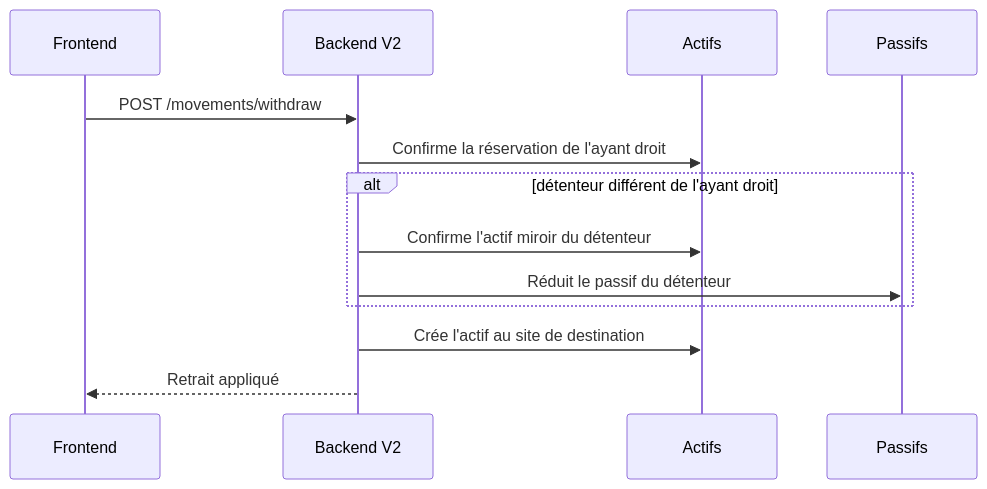
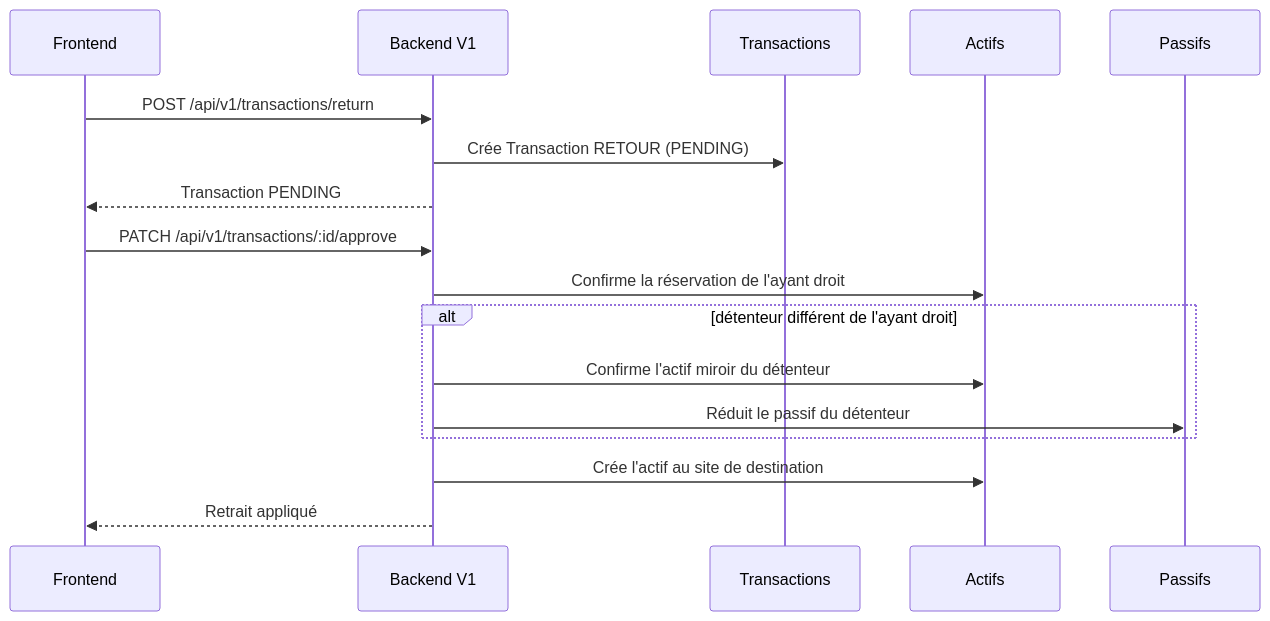
The fourth of 4 diagrams in docs/tache_02_11_2026.md (raDominique/commercegestion_back), drawn with Mermaid before and after one commit. The commit also changed other lines of this file, not shown here.

Commit message:
feat(docs): update documentation for V1 movements integration and endpoints

````diff
--- a/docs/tache_02_11_2026.md
+++ b/docs/tache_02_11_2026.md
@@ -83,16 +135,20 @@
 ```mermaid
 sequenceDiagram
     participant F as Frontend
-    participant B as Backend V2
+    participant B as Backend V1
+    participant DB as Transactions
     participant A as Actifs
     participant P as Passifs
 
-    F->>B: POST /movements/withdraw
+    F->>B: POST /api/v1/transactions/return
+    B->>DB: Crée Transaction RETOUR (PENDING)
+    B-->>F: Transaction PENDING
+    F->>B: PATCH /api/v1/transactions/:id/approve
     B->>A: Confirme la réservation de l'ayant droit
     alt détenteur différent de l'ayant droit
         B->>A: Confirme l'actif miroir du détenteur
         B->>P: Réduit le passif du détenteur
     end
     B->>A: Crée l'actif au site de destination
     B-->>F: Retrait appliqué
 ```
````
